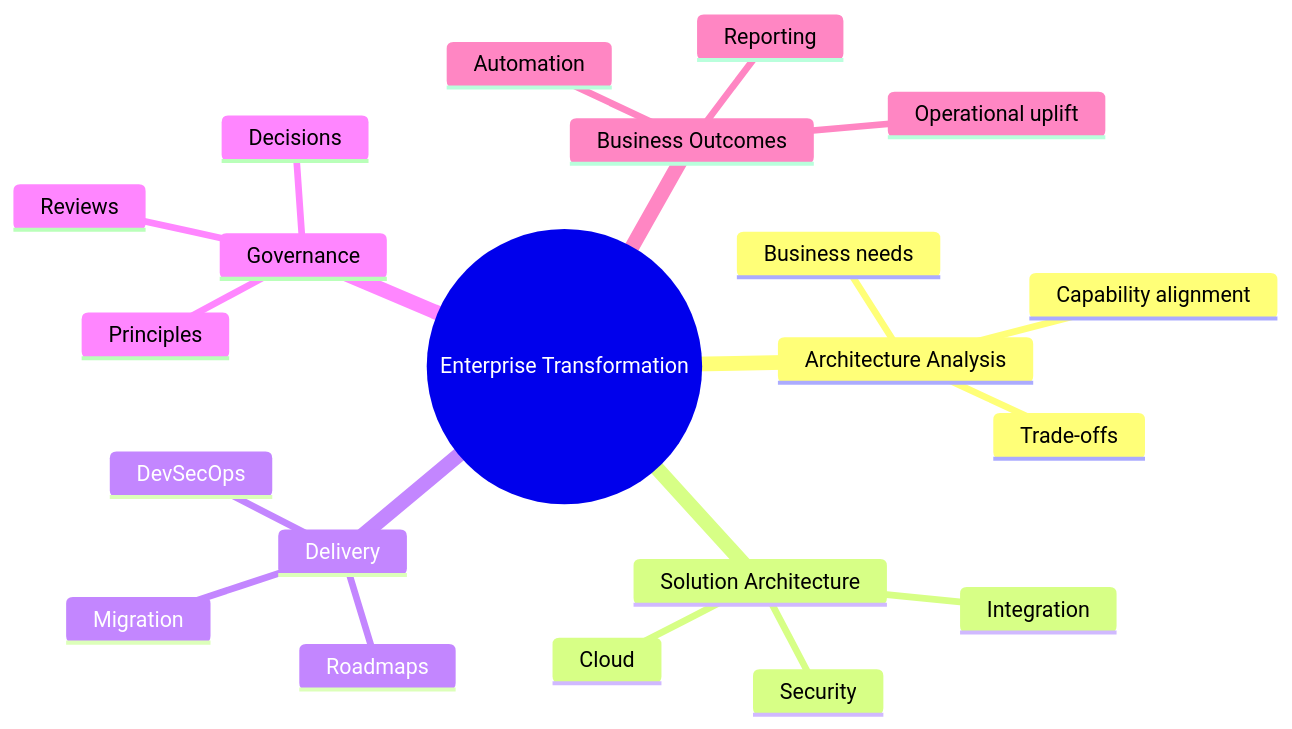
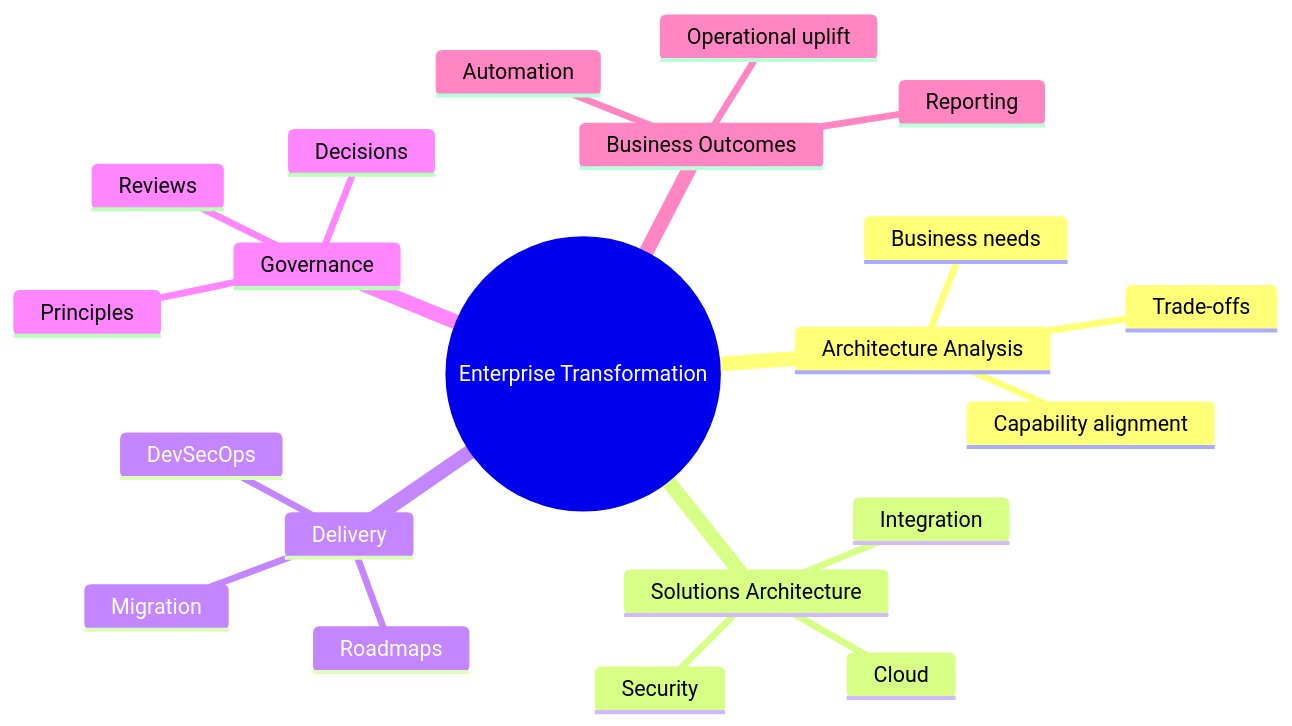
The sixth of 15 diagrams in README.md (banban/banban), drawn with Mermaid before and after one commit. The commit also changed other lines of this file and 1 other file, not shown here.

````diff
--- a/README.md
+++ b/README.md
@@ -163,24 +163,24 @@
 ```mermaid
 mindmap
   root((Enterprise Transformation))
     Architecture Analysis
       Business needs
       Capability alignment
       Trade-offs
-    Solution Architecture
+    Solutions Architecture
       Integration
       Cloud
       Security
     Delivery
       Roadmaps
       DevSecOps
       Migration
     Governance
       Principles
       Reviews
       Decisions
     Business Outcomes
       Automation
       Reporting
       Operational uplift
 ```
````
